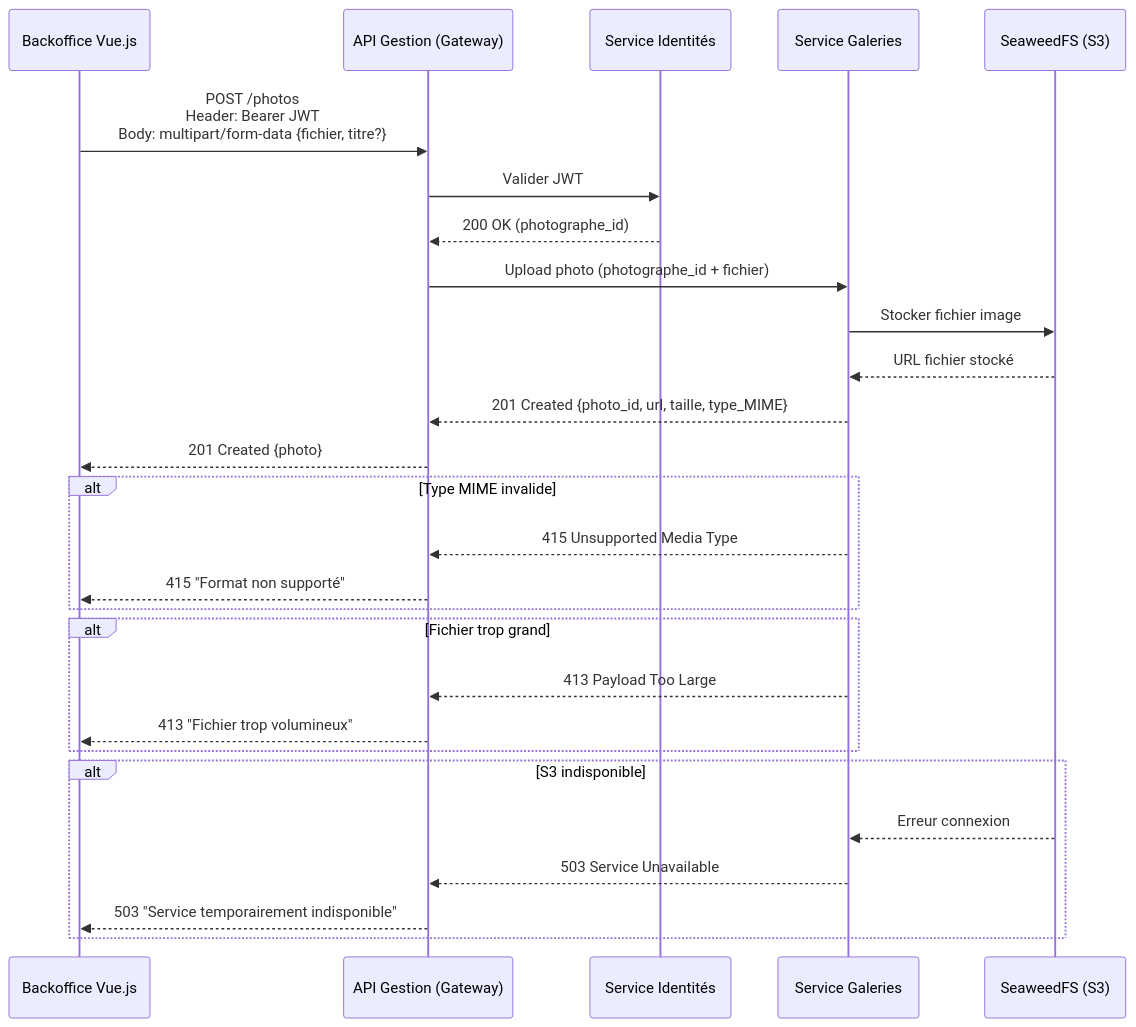
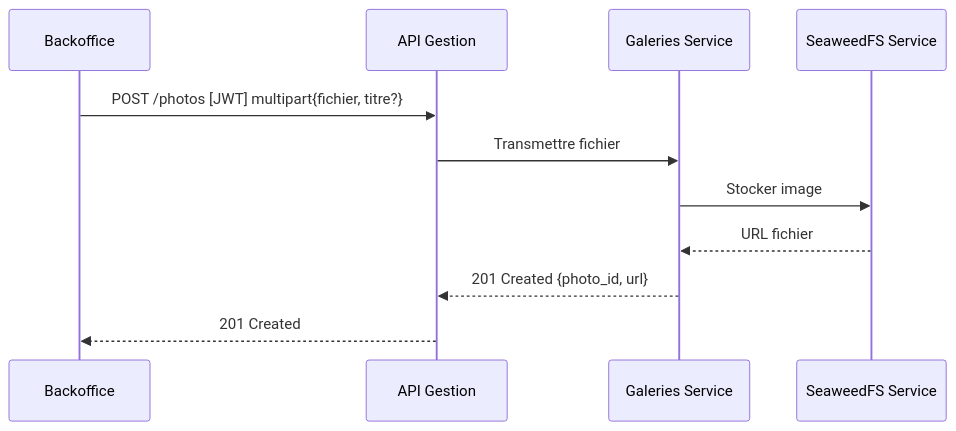
Before and after one commit to Paul5400/photo-pro: the diagram in diagrams/upload-18e06b.mmd, drawn with Mermaid. The commit also changed other lines of this file, not shown here.

Commit message:
Update: Upload

```diff
--- a/diagrams/upload-18e06b.mmd
+++ b/diagrams/upload-18e06b.mmd
@@ -1,29 +1,12 @@
 sequenceDiagram
-    participant FE as Backoffice Vue.js
-    participant GW as API Gestion (Gateway)
-    participant AUTH as Service Identités
-    participant GAL as Service Galeries
-    participant S3 as SeaweedFS (S3)
+    participant FE as Backoffice
+    participant GW as API Gestion
+    participant GAL as Galeries Service
+    participant S3 as SeaweedFS Service
 
-    FE->>GW: POST /photos<br/>Header: Bearer JWT<br/>Body: multipart/form-data {fichier, titre?}
-    GW->>AUTH: Valider JWT
-    AUTH-->>GW: 200 OK (photographe_id)
-    GW->>GAL: Upload photo (photographe_id + fichier)
-    GAL->>S3: Stocker fichier image
-    S3-->>GAL: URL fichier stocké
-    GAL-->>GW: 201 Created {photo_id, url, taille, type_MIME}
-    GW-->>FE: 201 Created {photo}
-
-    alt Type MIME invalide
-        GAL-->>GW: 415 Unsupported Media Type
-        GW-->>FE: 415 "Format non supporté"
-    end
-    alt Fichier trop grand
-        GAL-->>GW: 413 Payload Too Large
-        GW-->>FE: 413 "Fichier trop volumineux"
-    end
-    alt S3 indisponible
-        S3-->>GAL: Erreur connexion
-        GAL-->>GW: 503 Service Unavailable
-        GW-->>FE: 503 "Service temporairement indisponible"
-    end
+    FE->>GW: POST /photos [JWT] multipart{fichier, titre?}
+    GW->>GAL: Transmettre fichier
+    GAL->>S3: Stocker image
+    S3-->>GAL: URL fichier
+    GAL-->>GW: 201 Created {photo_id, url}
+    GW-->>FE: 201 Created
```
